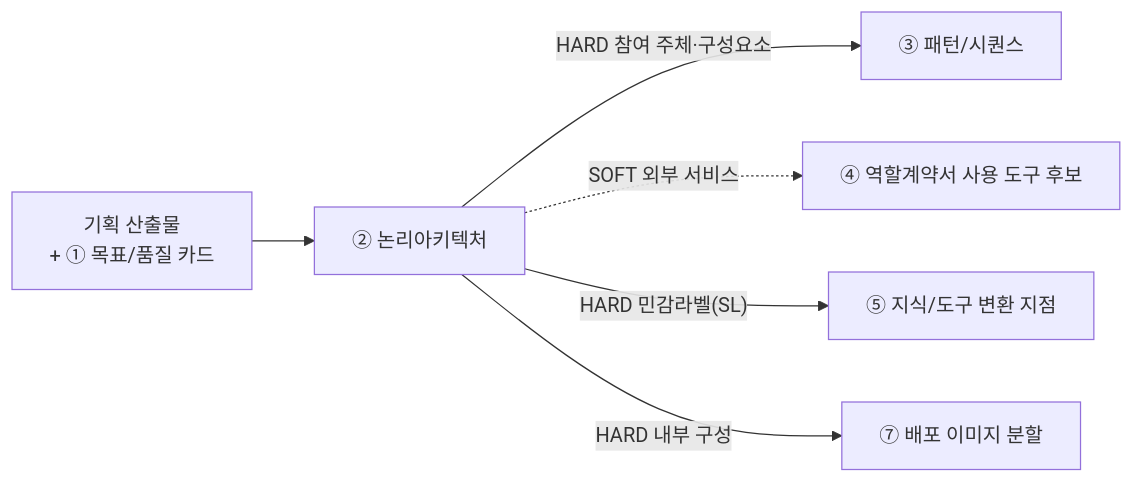
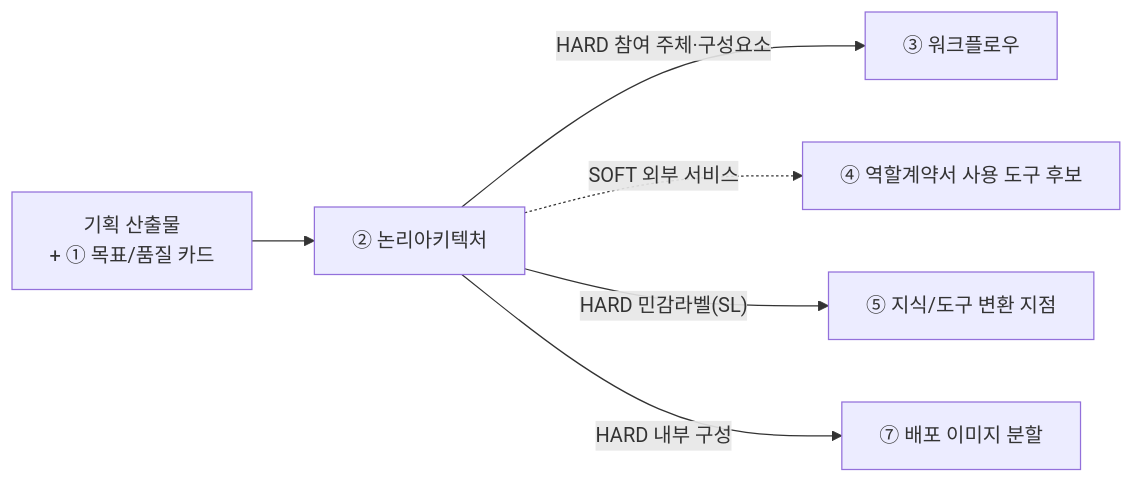
Before and after one commit to unicorn-campus/unicorn-skills: the diagram in design-architecture/guides/02-논리아키텍처-가이드.md, drawn with Mermaid. The commit also changed other lines of this file and 26 other files, not shown here.

First line of the commit message:
Rename design document ③ from 패턴/시퀀스 to 워크플로우

````diff
--- a/design-architecture/guides/02-논리아키텍처-가이드.md
+++ b/design-architecture/guides/02-논리아키텍처-가이드.md
@@ -19,8 +19,8 @@
 ```mermaid
 flowchart LR
   P["기획 산출물<br/>+ ① 목표/품질 카드"] --> A["② 논리아키텍처"]
-  A -->|"HARD 참여 주체·구성요소"| S3["③ 패턴/시퀀스"]
+  A -->|"HARD 참여 주체·구성요소"| S3["③ 워크플로우"]
   A -.->|"SOFT 외부 서비스"| S4["④ 역할계약서 사용 도구 후보"]
   A -->|"HARD 민감라벨(SL)"| S5["⑤ 지식/도구 변환 지점"]
   A -->|"HARD 내부 구성"| S7["⑦ 배포 이미지 분할"]
 ```
````
